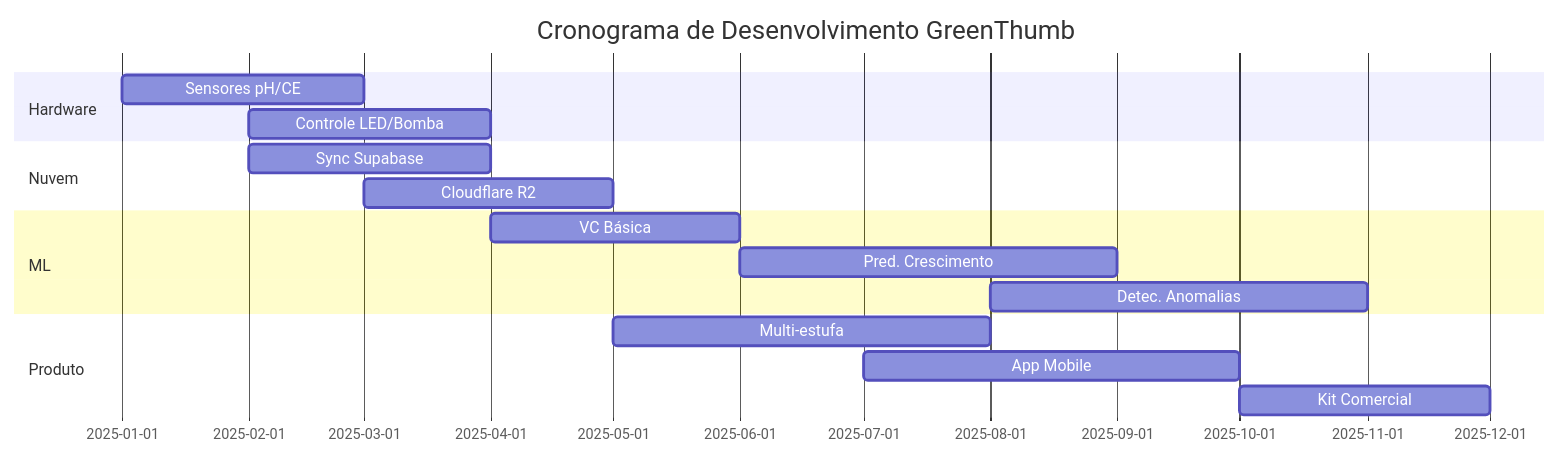
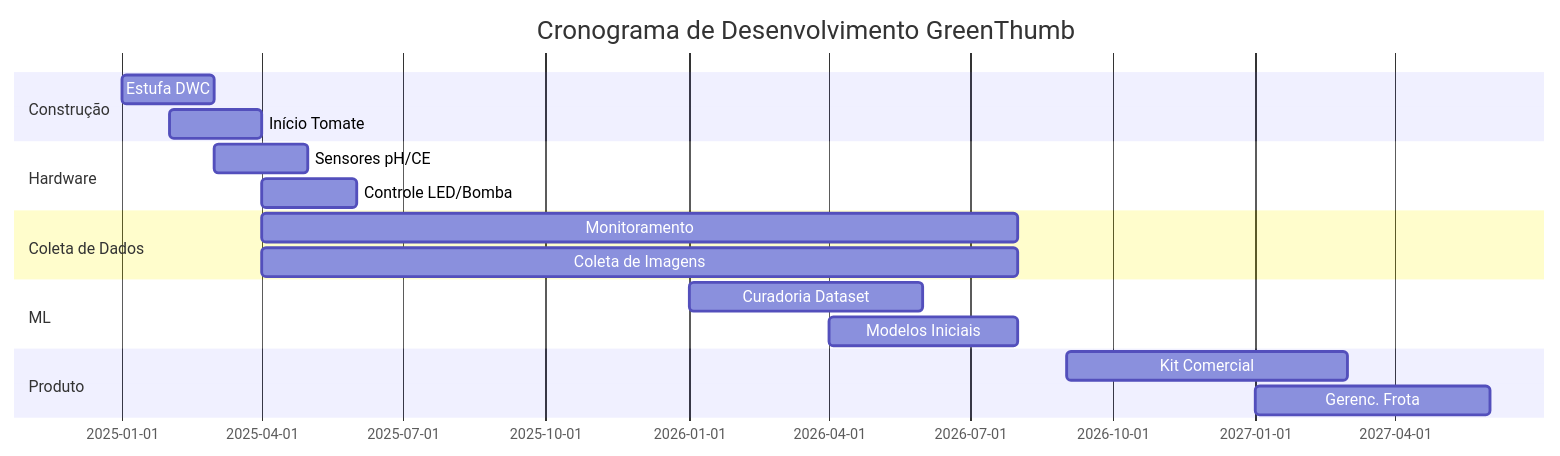
One commit to GreenThumbProject/docs changed the diagram in docs/summaries/future-work-pt.md. Above: the diagram before and after it, drawn with Mermaid. The commit also changed other lines of this file and 14 other files, not shown here.

Commit message:
docs: add initial documentation covering development, research, architecture, and components.

````diff
--- a/docs/summaries/future-work-pt.md
+++ b/docs/summaries/future-work-pt.md
@@ -116,23 +132,25 @@
 ```mermaid
 gantt
     title Cronograma de Desenvolvimento GreenThumb
     dateFormat YYYY-MM
     
+    section Construção
+    Estufa DWC         :2025-01, 2025-03
+    Início Tomate      :2025-02, 2025-04
+    
     section Hardware
-    Sensores pH/CE     :2025-01, 2025-03
-    Controle LED/Bomba :2025-02, 2025-04
+    Sensores pH/CE     :2025-03, 2025-05
+    Controle LED/Bomba :2025-04, 2025-06
     
-    section Nuvem
-    Sync Supabase      :2025-02, 2025-04
-    Cloudflare R2      :2025-03, 2025-05
+    section Coleta de Dados
+    Monitoramento      :2025-04, 2026-08
+    Coleta de Imagens  :2025-04, 2026-08
     
     section ML
-    VC Básica          :2025-04, 2025-06
-    Pred. Crescimento  :2025-06, 2025-09
-    Detec. Anomalias   :2025-08, 2025-11
+    Curadoria Dataset  :2026-01, 2026-06
+    Modelos Iniciais   :2026-04, 2026-08
     
     section Produto
-    Multi-estufa       :2025-05, 2025-08
-    App Mobile         :2025-07, 2025-10
-    Kit Comercial      :2025-10, 2025-12
+    Kit Comercial      :2026-09, 2027-03
+    Gerenc. Frota      :2027-01, 2027-06
 ```
````
